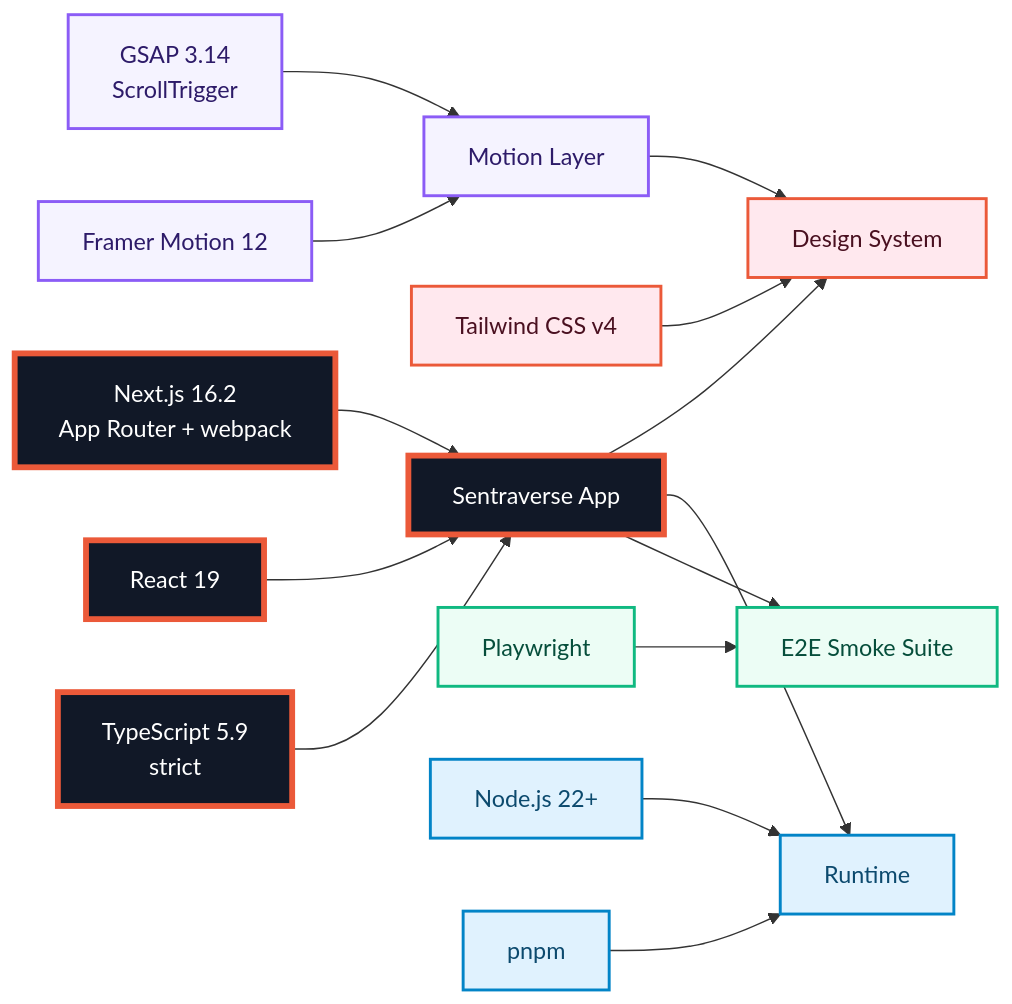
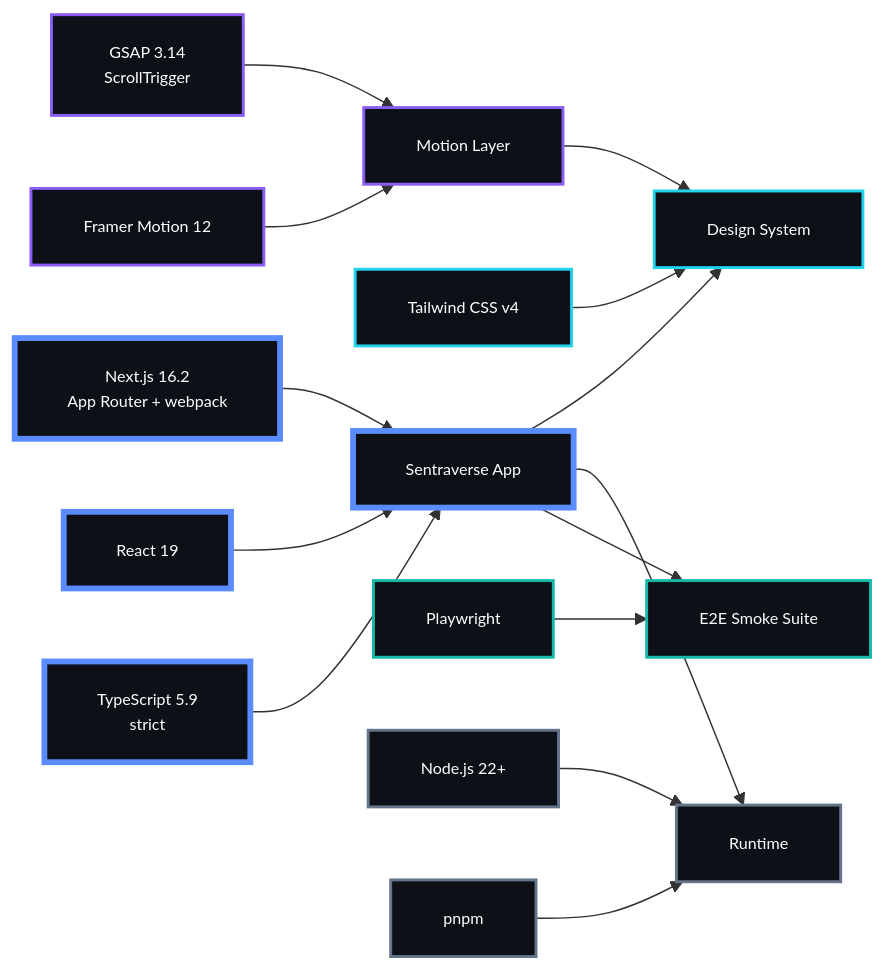
One commit to drferdi/Sentraverse changed the eighth of 9 diagrams in README.md. Above: the diagram before and after it, drawn with Mermaid. The commit also changed other lines of this file, not shown here.

````diff
--- a/README.md
+++ b/README.md
@@ -532,29 +578,30 @@
 ```mermaid
+%%{init: {"flowchart": {"padding": 18}, "themeVariables": {"fontFamily": "monospace", "fontSize": "11px"}}}%%
 flowchart LR
     Next["Next.js 16.2<br/>App Router + webpack"] --> App["Sentraverse App"]
     React["React 19"] --> App
     TS["TypeScript 5.9<br/>strict"] --> App
     Tailwind["Tailwind CSS v4"] --> UI["Design System"]
     GSAP["GSAP 3.14<br/>ScrollTrigger"] --> Motion["Motion Layer"]
     Framer["Framer Motion 12"] --> Motion
     Motion --> UI
     Playwright["Playwright"] --> Tests["E2E Smoke Suite"]
     Node["Node.js 22+"] --> Runtime["Runtime"]
     Pnpm["pnpm"] --> Runtime
 
     App --> UI
     App --> Runtime
     App --> Tests
 
-    classDef framework fill:#111827,stroke:#EB5939,color:#FFFFFF,stroke-width:4px;
-    classDef ui fill:#FFE8EE,stroke:#EB5939,color:#4A1020,stroke-width:2px;
-    classDef motion fill:#F5F3FF,stroke:#8B5CF6,color:#2D1B69,stroke-width:2px;
-    classDef test fill:#ECFDF5,stroke:#10B981,color:#064E3B,stroke-width:2px;
-    classDef runtime fill:#E0F2FE,stroke:#0284C7,color:#0C4A6E,stroke-width:2px;
+    classDef framework fill:#0D1117,stroke:#5B8CFF,color:#FFFFFF,stroke-width:4px;
+    classDef ui fill:#0D1117,stroke:#22D3EE,color:#FFFFFF,stroke-width:2px;
+    classDef motion fill:#0D1117,stroke:#8B5CF6,color:#FFFFFF,stroke-width:2px;
+    classDef test fill:#0D1117,stroke:#14B8A6,color:#FFFFFF,stroke-width:2px;
+    classDef runtime fill:#0D1117,stroke:#64748B,color:#FFFFFF,stroke-width:2px;
 
     class Next,React,TS,App framework;
     class Tailwind,UI ui;
     class GSAP,Framer,Motion motion;
     class Playwright,Tests test;
     class Node,Pnpm,Runtime runtime;
 ```
````
